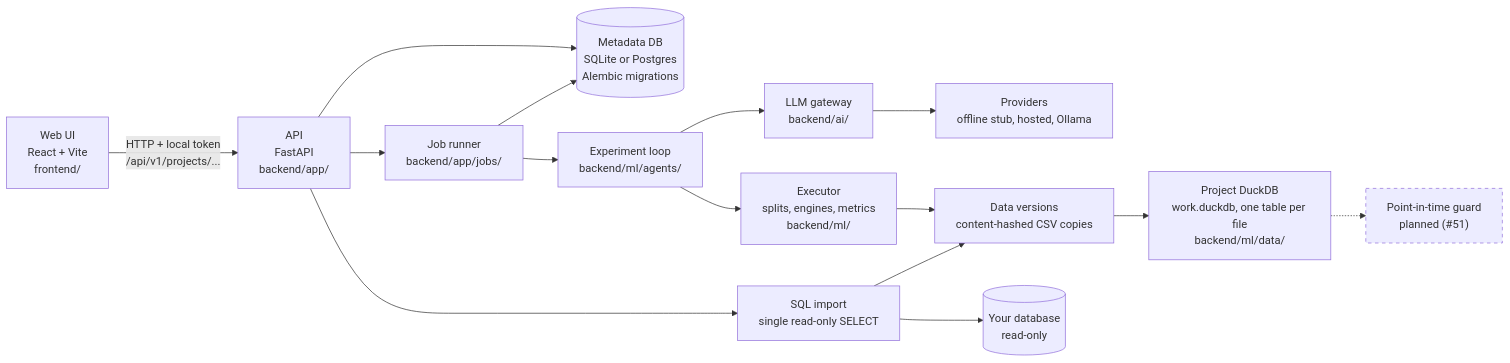
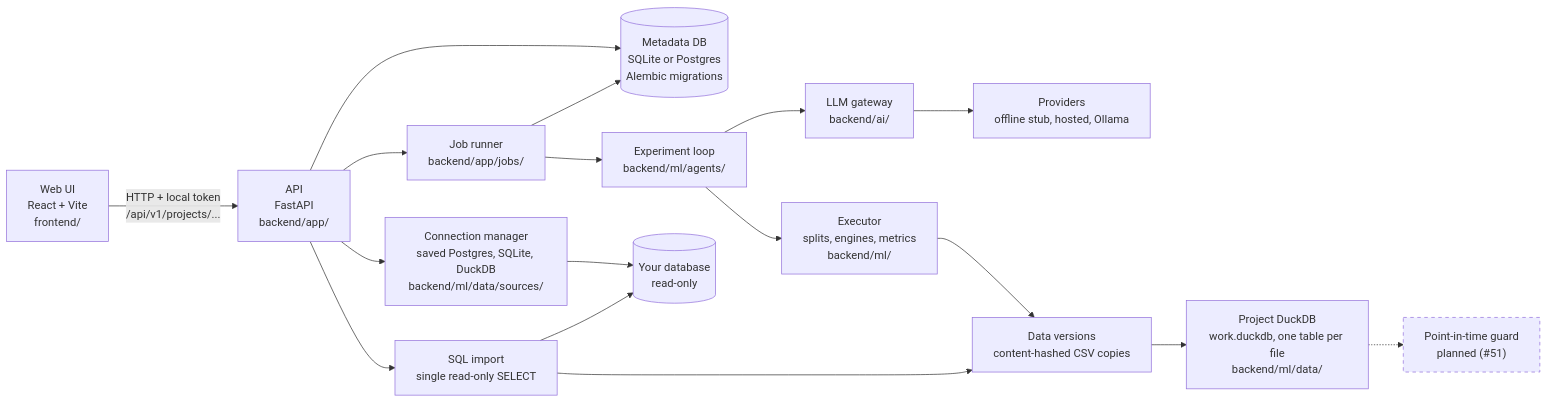
The first of 4 diagrams in docs/architecture.md (Harsh-Yadav-664/ML-Pilot), drawn with Mermaid before and after one commit. The commit also changed other lines of this file and 26 other files, not shown here.

First line of the commit message:
[2.2] Connection manager: Postgres, SQLite, DuckDB with safe secret handling (#126)

````diff
--- a/docs/architecture.md
+++ b/docs/architecture.md
@@ -7,21 +7,23 @@
 ```mermaid
 flowchart LR
     UI["Web UI<br/>React + Vite<br/>frontend/"] -->|"HTTP + local token<br/>/api/v1/projects/..."| API["API<br/>FastAPI<br/>backend/app/"]
     API --> Jobs["Job runner<br/>backend/app/jobs/"]
     API --> Meta[("Metadata DB<br/>SQLite or Postgres<br/>Alembic migrations")]
     Jobs --> Meta
     Jobs --> Agent["Experiment loop<br/>backend/ml/agents/"]
     Agent --> Exec["Executor<br/>splits, engines, metrics<br/>backend/ml/"]
     Agent --> GW["LLM gateway<br/>backend/ai/"]
     GW --> LLM["Providers<br/>offline stub, hosted, Ollama"]
     Exec --> Data["Data versions<br/>content-hashed CSV copies"]
+    API --> Conn["Connection manager<br/>saved Postgres, SQLite, DuckDB<br/>backend/ml/data/sources/"]
     API --> SQLImport["SQL import<br/>single read-only SELECT"]
+    Conn --> UserDB
     SQLImport --> UserDB[("Your database<br/>read-only")]
     SQLImport --> Data
 
     Data --> DuckDB["Project DuckDB<br/>work.duckdb, one table per file<br/>backend/ml/data/"]
 
     classDef planned stroke-dasharray: 5 5
     Guard["Point-in-time guard<br/>planned (#51)"]:::planned
     DuckDB -.-> Guard
 ```
````
